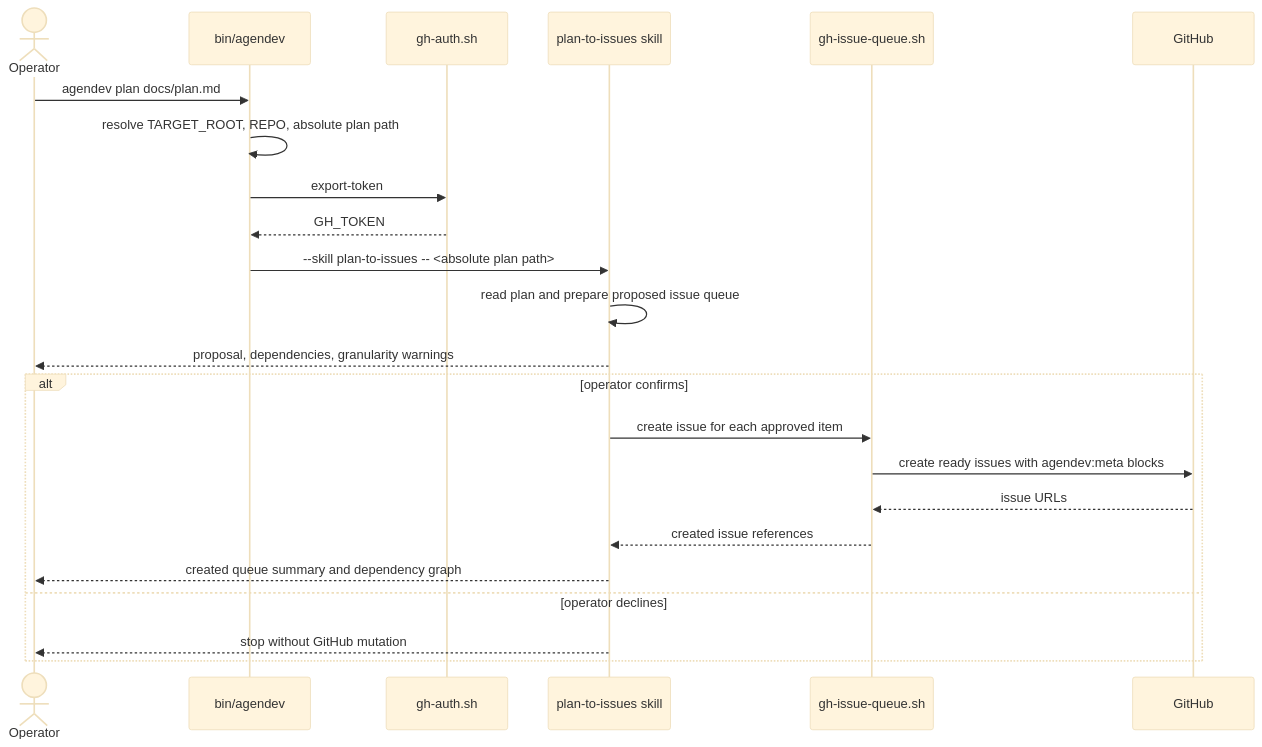
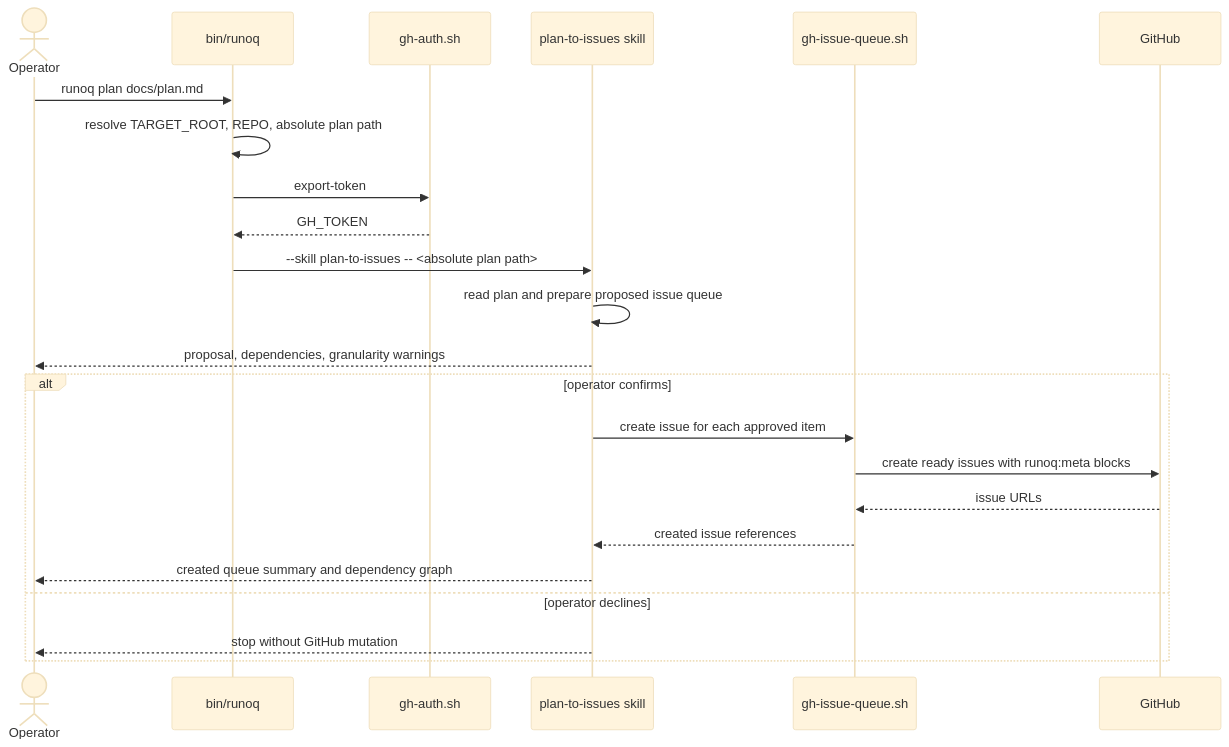
The first of 6 diagrams in docs/architecture/flows.md (morhekil/runoq), drawn with Mermaid (base theme) before and after one commit. The commit also changed other lines of this file and 98 other files, not shown here.

Commit message:
rebranding from agendev to runoq

````diff
--- a/docs/architecture/flows.md
+++ b/docs/architecture/flows.md
@@ -14,26 +14,26 @@
 ```mermaid
 sequenceDiagram
   actor Operator
-  participant CLI as bin/agendev
+  participant CLI as bin/runoq
   participant Auth as gh-auth.sh
   participant Claude as plan-to-issues skill
   participant Queue as gh-issue-queue.sh
   participant GH as GitHub
 
-  Operator->>CLI: agendev plan docs/plan.md
+  Operator->>CLI: runoq plan docs/plan.md
   CLI->>CLI: resolve TARGET_ROOT, REPO, absolute plan path
   CLI->>Auth: export-token
   Auth-->>CLI: GH_TOKEN
   CLI->>Claude: --skill plan-to-issues -- <absolute plan path>
   Claude->>Claude: read plan and prepare proposed issue queue
   Claude-->>Operator: proposal, dependencies, granularity warnings
   alt operator confirms
     Claude->>Queue: create issue for each approved item
-    Queue->>GH: create ready issues with agendev:meta blocks
+    Queue->>GH: create ready issues with runoq:meta blocks
     GH-->>Queue: issue URLs
     Queue-->>Claude: created issue references
     Claude-->>Operator: created queue summary and dependency graph
   else operator declines
     Claude-->>Operator: stop without GitHub mutation
   end
 ```
````
